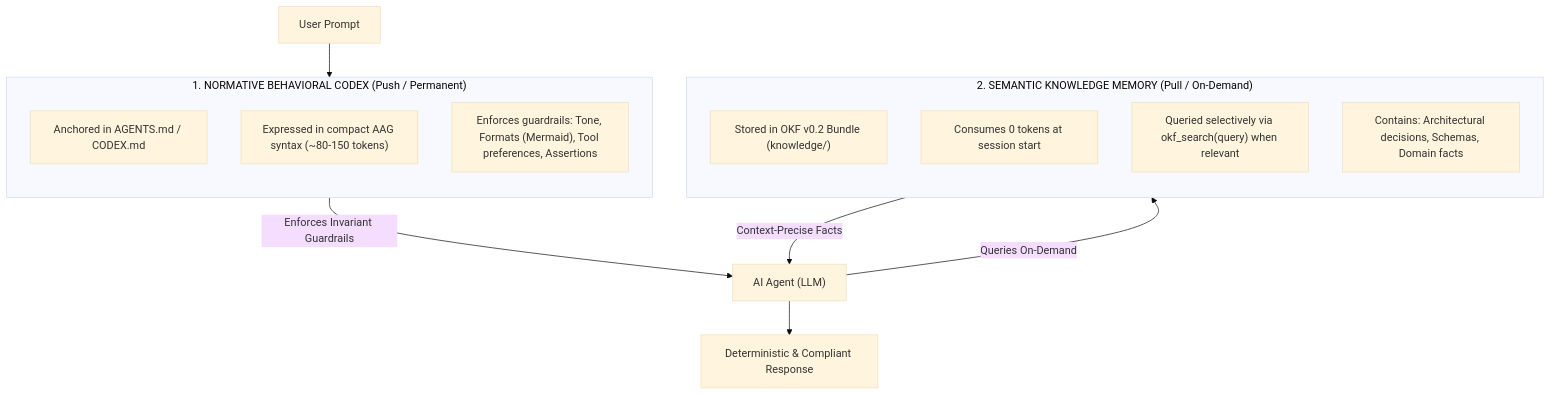
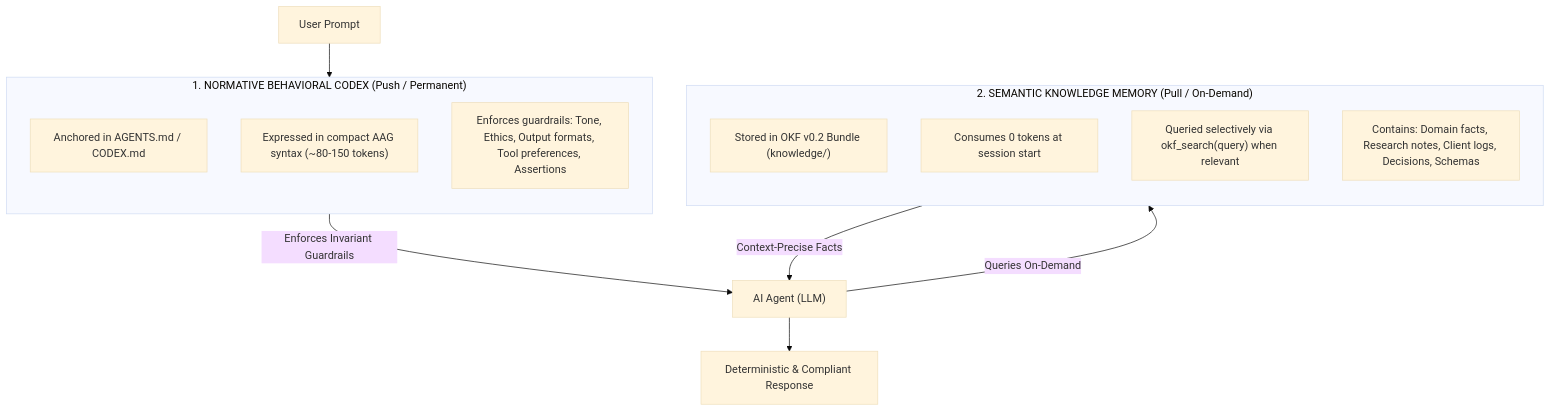
One commit to agent-memory-atlas-archive/okf-memory--okf-agent-memory changed the first of 2 diagrams in docs/spec/DUAL_MEMORY_AGENT_ARCHITECTURE_RFC.md. Above: the diagram before and after it, drawn with Mermaid (base theme). The commit also changed other lines of this file and 4 other files, not shown here.

Commit message:
feat(dmaa): adopt Dual-Memory Agent Architecture v0.1 and AAG protocol across templates and knowledge

````diff
--- a/docs/spec/DUAL_MEMORY_AGENT_ARCHITECTURE_RFC.md
+++ b/docs/spec/DUAL_MEMORY_AGENT_ARCHITECTURE_RFC.md
@@ -24,23 +25,23 @@
 ```mermaid
 flowchart TD
     subgraph PUSH["1. NORMATIVE BEHAVIORAL CODEX (Push / Permanent)"]
         direction TB
         C1["Anchored in AGENTS.md / CODEX.md"]
         C2["Expressed in compact AAG syntax (~80-150 tokens)"]
-        C3["Enforces guardrails: Tone, Formats (Mermaid), Tool preferences, Assertions"]
+        C3["Enforces guardrails: Tone, Ethics, Output formats, Tool preferences, Assertions"]
     end
 
     subgraph PULL["2. SEMANTIC KNOWLEDGE MEMORY (Pull / On-Demand)"]
         direction TB
         O1["Stored in OKF v0.2 Bundle (knowledge/)"]
         O2["Consumes 0 tokens at session start"]
         O3["Queried selectively via okf_search(query) when relevant"]
-        O4["Contains: Architectural decisions, Schemas, Domain facts"]
+        O4["Contains: Domain facts, Research notes, Client logs, Decisions, Schemas"]
     end
 
     INPUT["User Prompt"] --> PUSH
     PUSH -->|Enforces Invariant Guardrails| AGENT["AI Agent (LLM)"]
     AGENT -->|Queries On-Demand| PULL
     PULL -->|Context-Precise Facts| AGENT
     AGENT --> OUTPUT["Deterministic & Compliant Response"]
 ```
````
